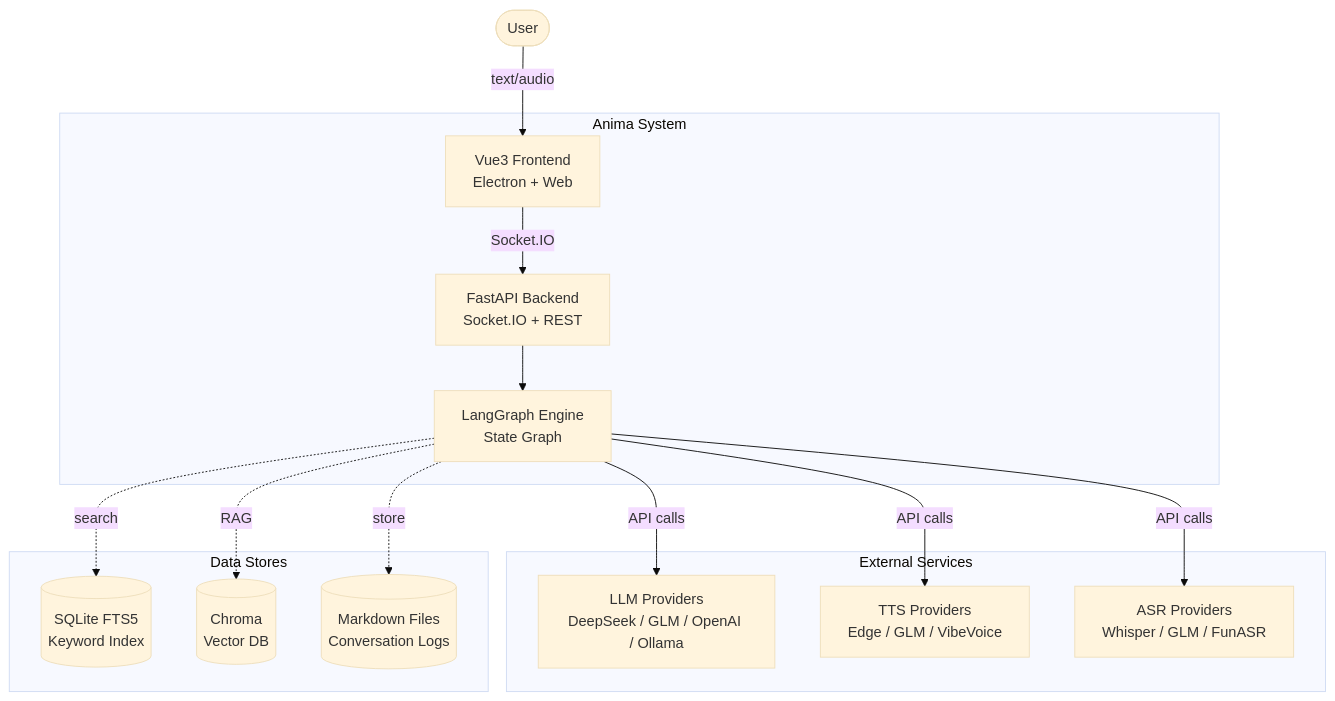
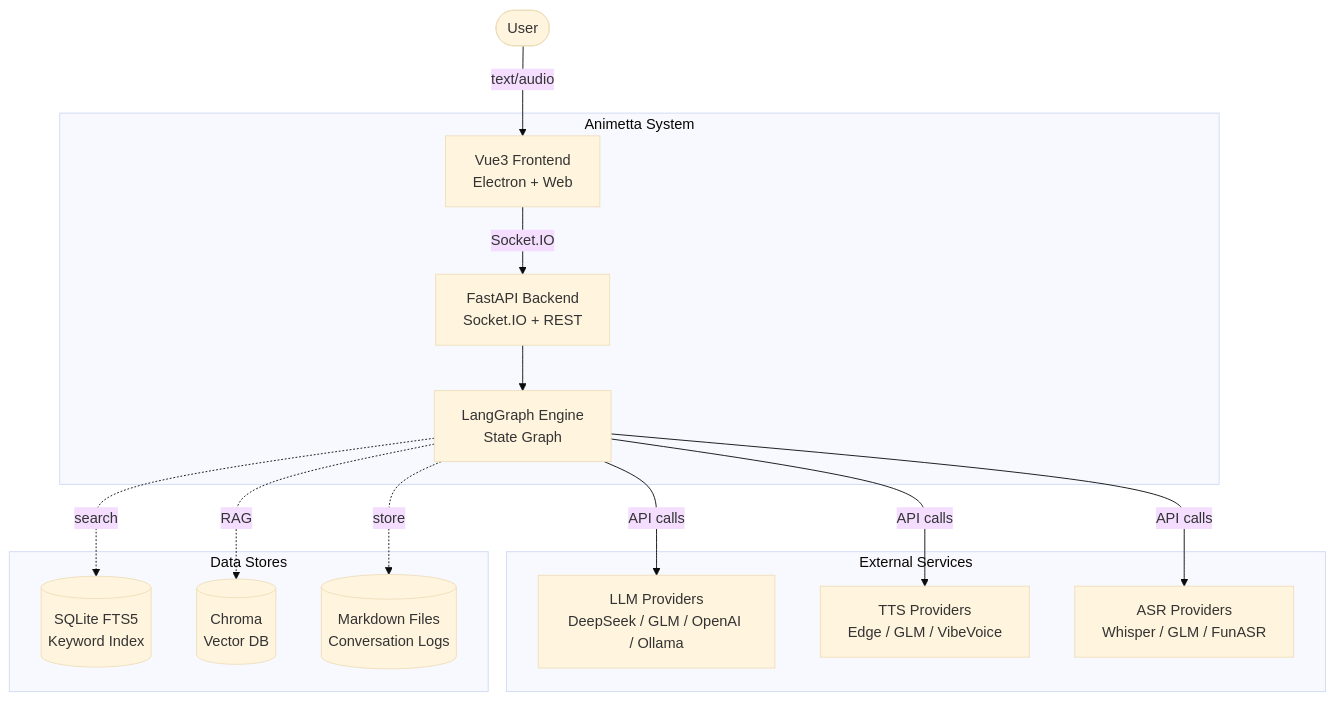
One commit to loiter74/animetta changed the first of 4 diagrams in ARCHITECTURE.md. Above: the diagram before and after it, drawn with Mermaid (base theme). The commit also changed other lines of this file and 639 other files, not shown here.

First line of the commit message:
rename: Anima → Animetta (full project rename)

````diff
--- a/ARCHITECTURE.md
+++ b/ARCHITECTURE.md
@@ -9,29 +9,29 @@
 ```mermaid
 graph TB
     User([User])
-    subgraph "Anima System"
+    subgraph "Animetta System"
         FE[Vue3 Frontend<br/>Electron + Web]
         BE[FastAPI Backend<br/>Socket.IO + REST]
         LG[LangGraph Engine<br/>State Graph]
     end
     subgraph "External Services"
         LLM[LLM Providers<br/>DeepSeek / GLM / OpenAI / Ollama]
         TTS[TTS Providers<br/>Edge / GLM / VibeVoice]
         ASR[ASR Providers<br/>Whisper / GLM / FunASR]
     end
     subgraph "Data Stores"
         SQL[(SQLite FTS5<br/>Keyword Index)]
         VDB[(Chroma<br/>Vector DB)]
         MD[(Markdown Files<br/>Conversation Logs)]
     end
 
     User -->|text/audio| FE
     FE -->|Socket.IO| BE
     BE --> LG
     LG -->|API calls| LLM
     LG -->|API calls| TTS
     LG -->|API calls| ASR
     LG -.->|RAG| VDB
     LG -.->|search| SQL
     LG -.->|store| MD
 ```
````
